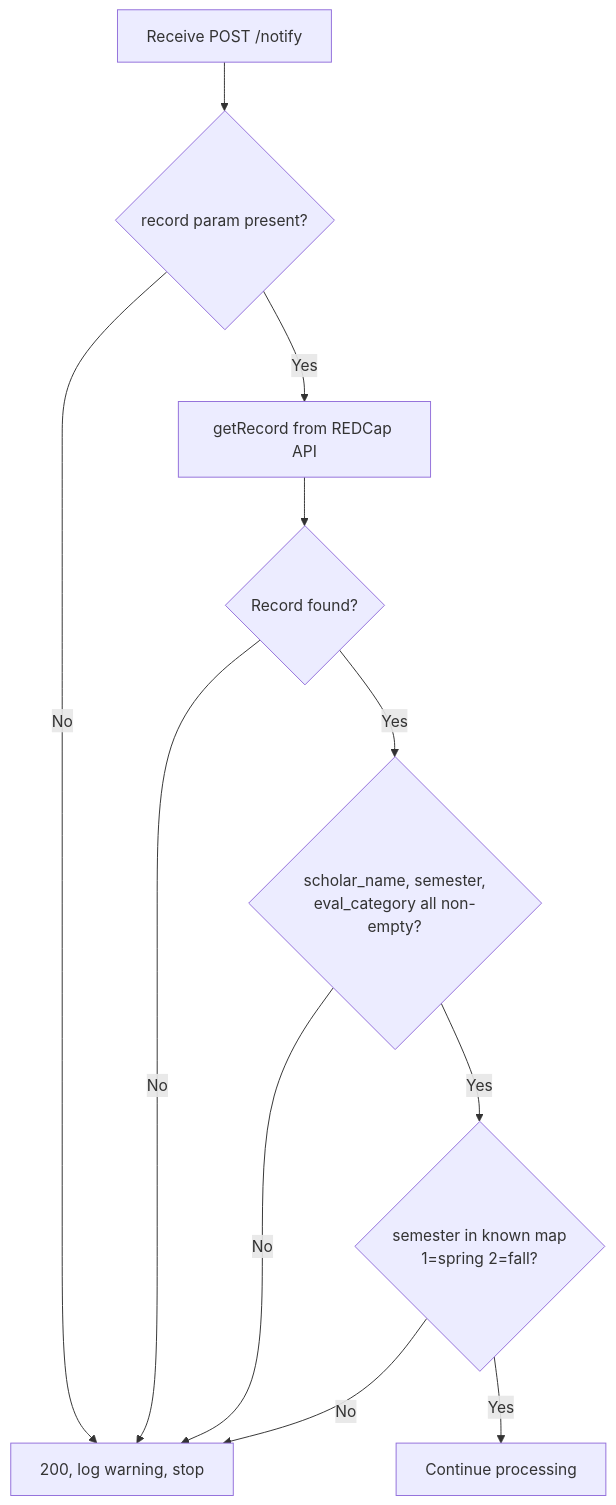
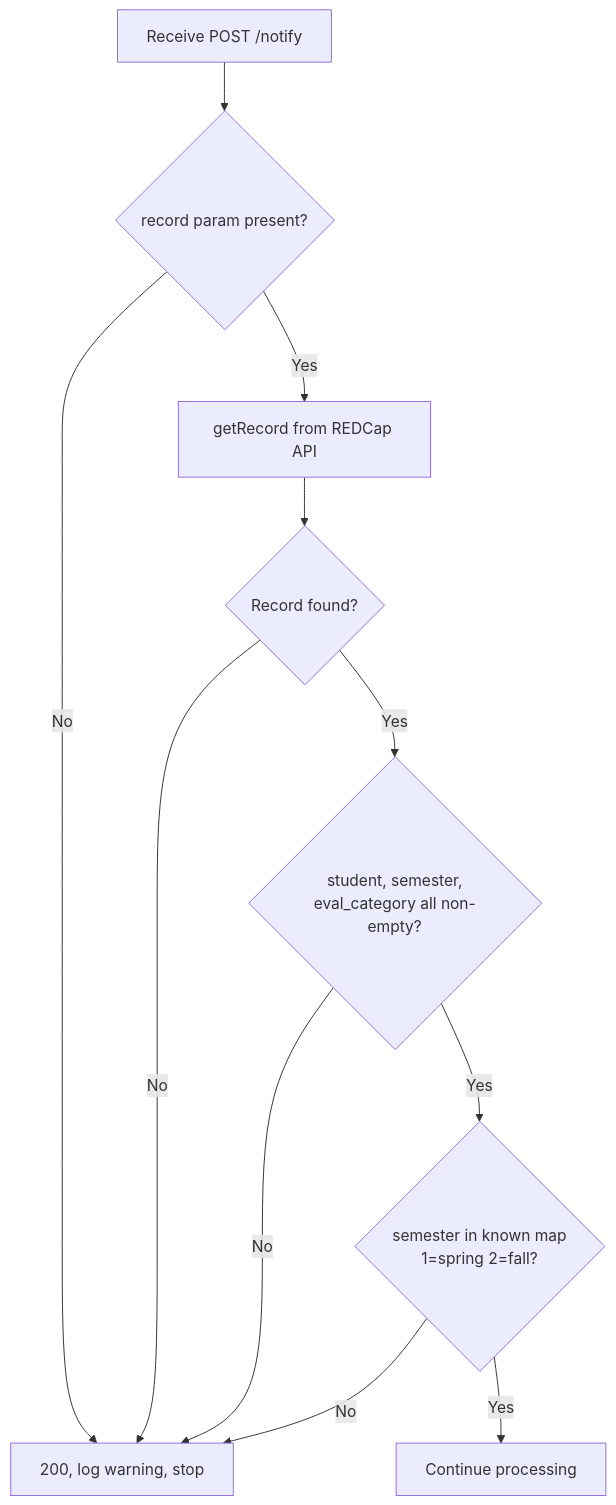
The fifth of 5 diagrams in Docs/security.md (com-atg/OMM-SE), drawn with Mermaid before and after one commit. The commit also changed other lines of this file and 60 other files, not shown here.

````diff
--- a/Docs/security.md
+++ b/Docs/security.md
@@ -121,13 +206,13 @@
 ```mermaid
 flowchart TD
     A[Receive POST /notify] --> B{record param present?}
     B -- No --> Z[200, log warning, stop]
     B -- Yes --> C[getRecord from REDCap API]
     C --> D{Record found?}
     D -- No --> Z
-    D -- Yes --> E{scholar_name, semester,\neval_category all non-empty?}
+    D -- Yes --> E{student, semester,\neval_category all non-empty?}
     E -- No --> Z
     E -- Yes --> F{semester in known map\n1=spring 2=fall?}
     F -- No --> Z
     F -- Yes --> G[Continue processing]
 ```
````
